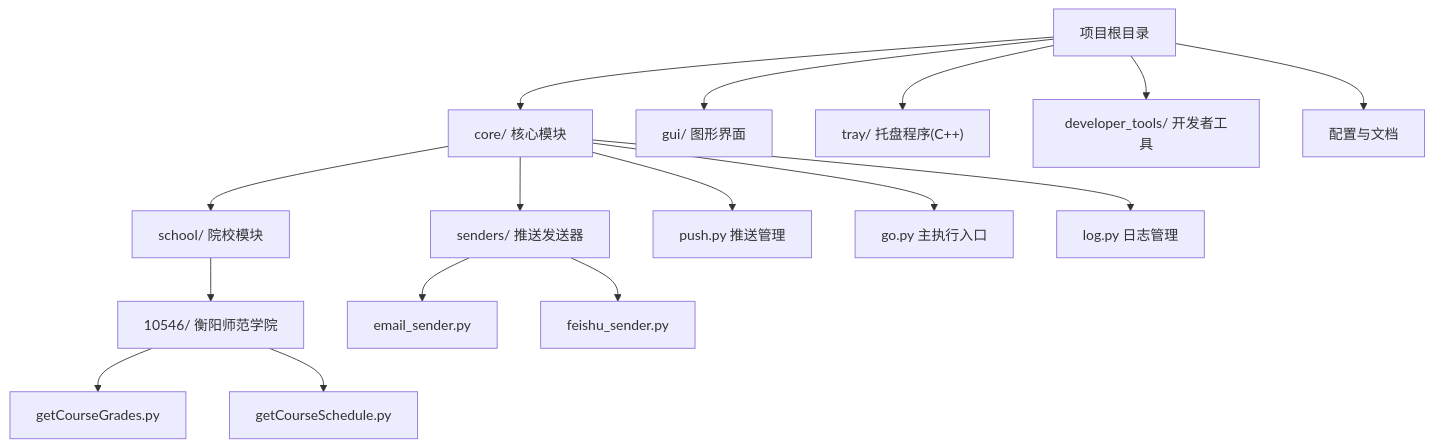
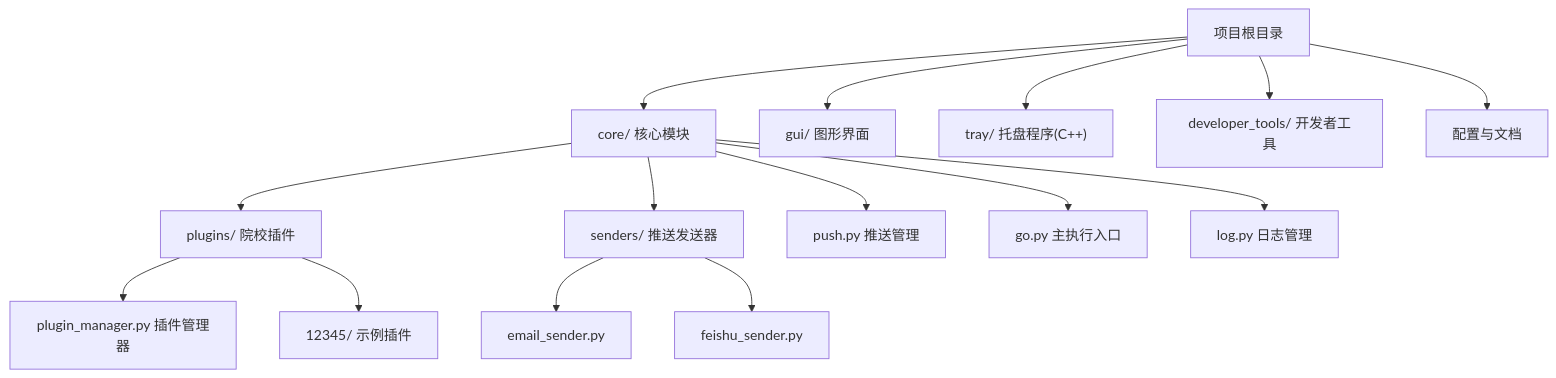
The first of 3 diagrams in .wiki/zh/content/快速开始.md (pjnt9372/Capture_Push), drawn with Mermaid before and after one commit. The commit also changed other lines of this file and 37 other files, not shown here.

````diff
--- a/.wiki/zh/content/快速开始.md
+++ b/.wiki/zh/content/快速开始.md
@@ -42,18 +35,17 @@
 ```mermaid
 graph TB
 A["项目根目录"] --> B["core/ 核心模块"]
 A --> C["gui/ 图形界面"]
 A --> D["tray/ 托盘程序(C++)"]
 A --> E["developer_tools/ 开发者工具"]
 A --> F["配置与文档"]
-B --> B1["school/ 院校模块"]
+B --> B1["plugins/ 院校插件"]
 B --> B2["senders/ 推送发送器"]
 B --> B3["push.py 推送管理"]
 B --> B4["go.py 主执行入口"]
 B --> B5["log.py 日志管理"]
-B1 --> B11["10546/ 衡阳师范学院"]
-B11 --> B11a["getCourseGrades.py"]
-B11 --> B11b["getCourseSchedule.py"]
+B1 --> B11["plugin_manager.py 插件管理器"]
+B1 --> B12["12345/ 示例插件"]
 B2 --> B2a["email_sender.py"]
 B2 --> B2b["feishu_sender.py"]
 ```
````
